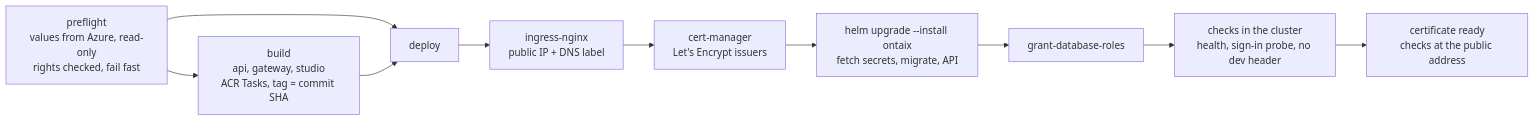
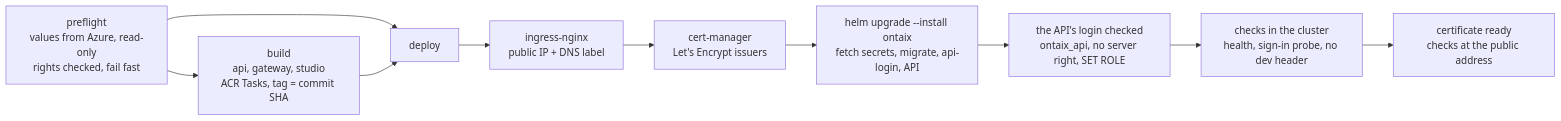
Before and after one commit to slimfarhanigithub/ontaix: the second of 2 diagrams in docs/provisioning.md, drawn with Mermaid. The commit also changed other lines of this file and 19 other files, not shown here.

First line of the commit message:
feat(infra): the API connects to PostgreSQL with its own login ontaix_api, created by the pod from Key Vault (row 174) (#74)

````diff
--- a/docs/provisioning.md
+++ b/docs/provisioning.md
@@ -150,12 +172,12 @@
 ```mermaid
 flowchart LR
     P[preflight<br/>values from Azure, read-only<br/>rights checked, fail fast] --> B[build<br/>api, gateway, studio<br/>ACR Tasks, tag = commit SHA]
     P --> D
     B --> D[deploy]
     D --> I[ingress-nginx<br/>public IP + DNS label]
     I --> C[cert-manager<br/>Let's Encrypt issuers]
-    C --> O[helm upgrade --install ontaix<br/>fetch secrets, migrate, API]
-    O --> G[grant-database-roles]
+    C --> O[helm upgrade --install ontaix<br/>fetch secrets, migrate, api-login, API]
+    O --> G[the API's login checked<br/>ontaix_api, no server right, SET ROLE]
     G --> K[checks in the cluster<br/>health, sign-in probe, no dev header]
     K --> T[certificate ready<br/>checks at the public address]
 ```
````
